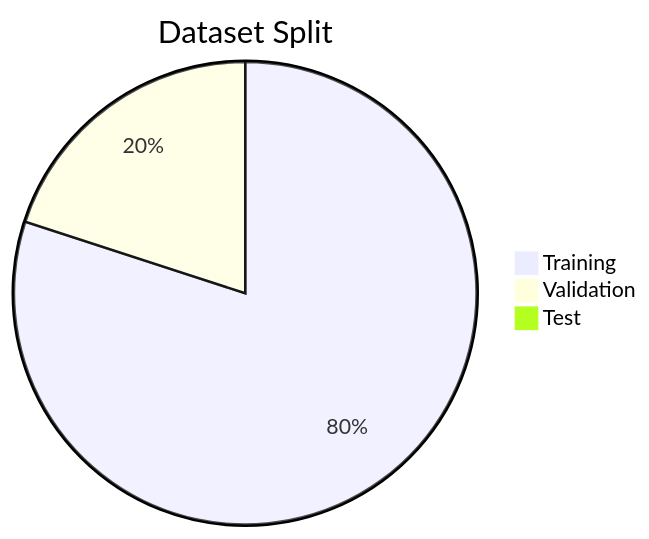
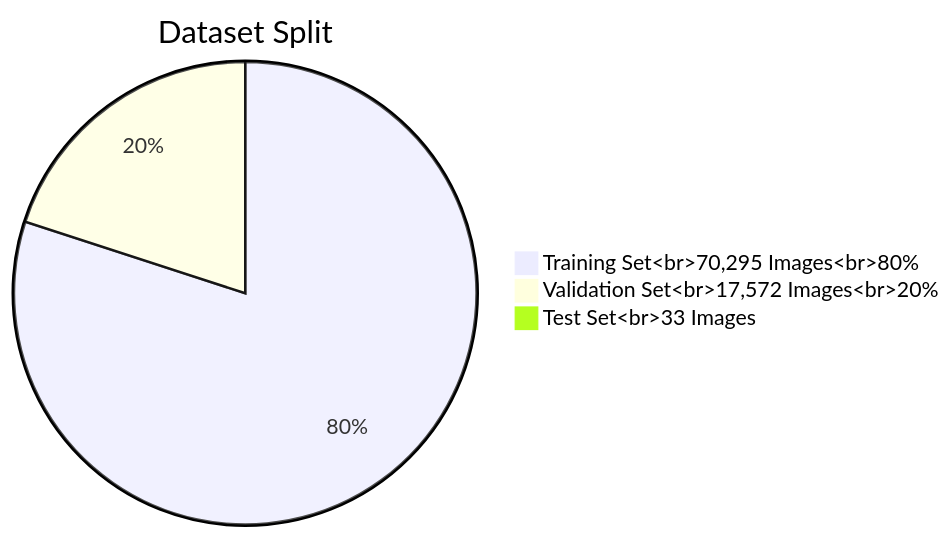
The seventh of 11 diagrams in README.md (RajaMahanty/crop-care-ai), drawn with Mermaid before and after one commit. The commit also changed other lines of this file, not shown here.

````diff
--- a/README.md
+++ b/README.md
@@ -218,6 +221,6 @@
 ```mermaid
 pie title Dataset Split
-    "Training" : 70295
-    "Validation" : 17572
-    "Test" : 33
+    "Training Set<br>70,295 Images<br>80%" : 70295
+    "Validation Set<br>17,572 Images<br>20%" : 17572
+    "Test Set<br>33 Images" : 33
 ```
````
